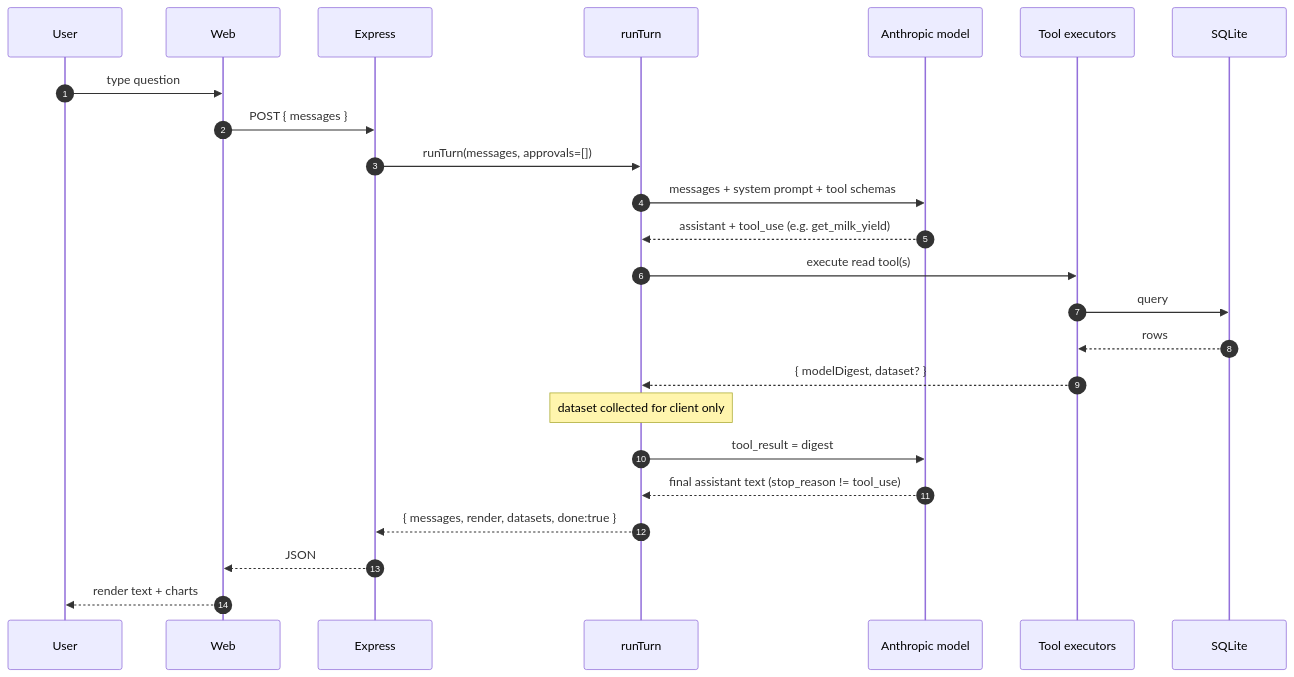
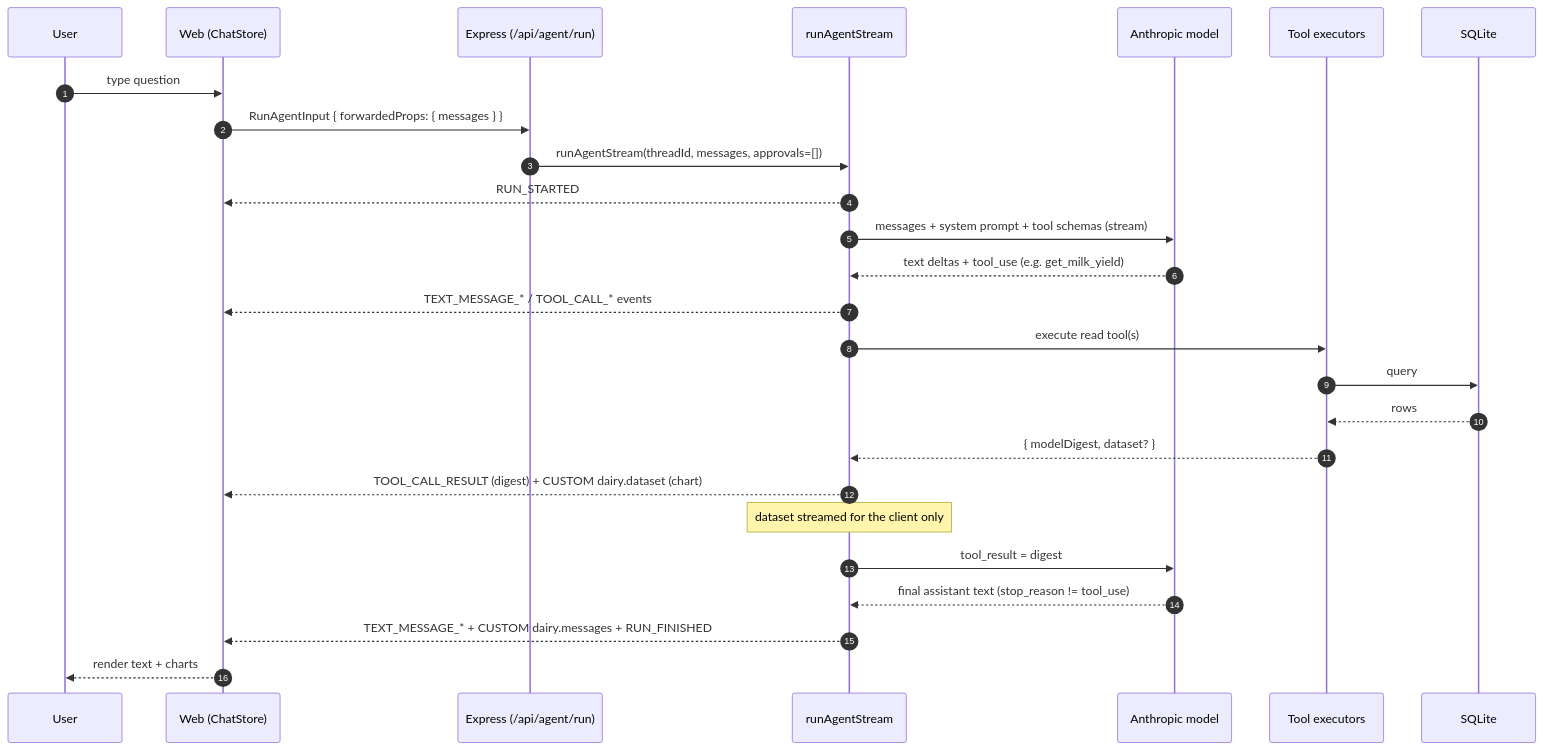
One commit to i-adnanali/dairy-agent changed the second of 7 diagrams in docs/PROJECT_OVERVIEW.md. Above: the diagram before and after it, drawn with Mermaid. The commit also changed other lines of this file and 3 other files, not shown here.

First line of the commit message:
docs: fix architecture drift; remove stray artifacts

````diff
--- a/docs/PROJECT_OVERVIEW.md
+++ b/docs/PROJECT_OVERVIEW.md
@@ -89,27 +93,29 @@
 ```mermaid
 sequenceDiagram
     autonumber
     participant U as User
-    participant W as Web
-    participant S as Express
-    participant L as runTurn
+    participant W as Web (ChatStore)
+    participant S as Express (/api/agent/run)
+    participant L as runAgentStream
     participant M as Anthropic model
     participant T as Tool executors
     participant DB as SQLite
 
     U->>W: type question
-    W->>S: POST { messages }
-    S->>L: runTurn(messages, approvals=[])
-    L->>M: messages + system prompt + tool schemas
-    M-->>L: assistant + tool_use (e.g. get_milk_yield)
+    W->>S: RunAgentInput { forwardedProps: { messages } }
+    S->>L: runAgentStream(threadId, messages, approvals=[])
+    L-->>W: RUN_STARTED
+    L->>M: messages + system prompt + tool schemas (stream)
+    M-->>L: text deltas + tool_use (e.g. get_milk_yield)
+    L-->>W: TEXT_MESSAGE_* / TOOL_CALL_* events
     L->>T: execute read tool(s)
     T->>DB: query
     DB-->>T: rows
     T-->>L: { modelDigest, dataset? }
-    Note over L: dataset collected for client only
+    L-->>W: TOOL_CALL_RESULT (digest) + CUSTOM dairy.dataset (chart)
+    Note over L: dataset streamed for the client only
     L->>M: tool_result = digest
     M-->>L: final assistant text (stop_reason != tool_use)
-    L-->>S: { messages, render, datasets, done:true }
-    S-->>W: JSON
+    L-->>W: TEXT_MESSAGE_* + CUSTOM dairy.messages + RUN_FINISHED
     W-->>U: render text + charts
 ```
````
